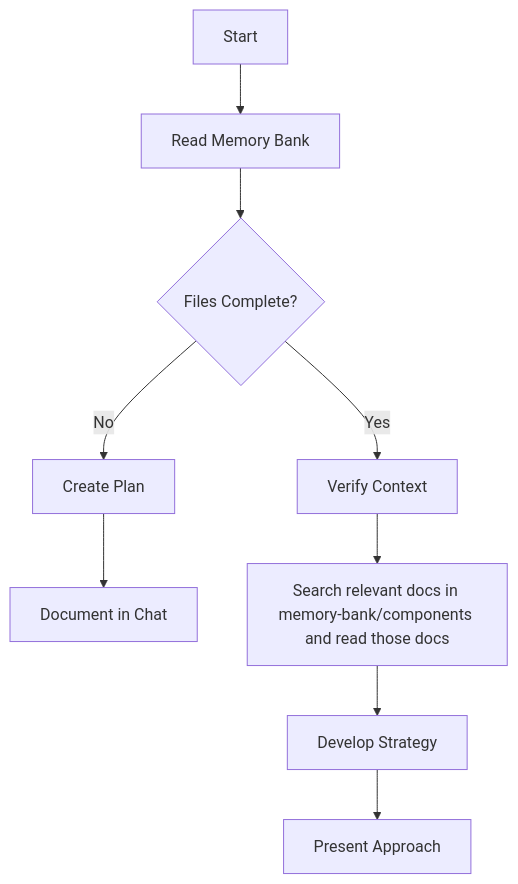
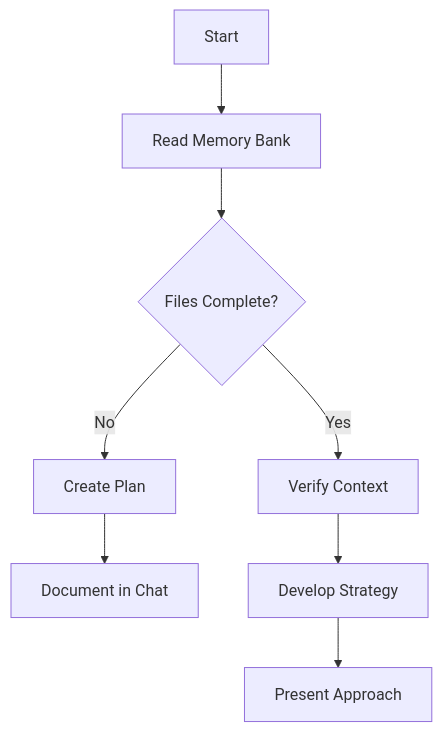
One commit to gitpod-io/gitpod changed the second of 4 diagrams in .clinerules/memory-bank.md. Above: the diagram before and after it, drawn with Mermaid. The commit also changed other lines of this file and 1 other file, not shown here.

````diff
--- a/.clinerules/memory-bank.md
+++ b/.clinerules/memory-bank.md
@@ -79,13 +78,12 @@
 ```mermaid
 flowchart TD
     Start[Start] --> ReadFiles[Read Memory Bank]
     ReadFiles --> CheckFiles{Files Complete?}
 
     CheckFiles -->|No| Plan[Create Plan]
     Plan --> Document[Document in Chat]
 
     CheckFiles -->|Yes| Verify[Verify Context]
-    Verify --> SearchAndReadComponentDocumentation[Search relevant docs in memory-bank/components and read those docs]
-    SearchAndReadComponentDocumentation --> Strategy[Develop Strategy]
+    Verify --> Strategy[Develop Strategy]
     Strategy --> Present[Present Approach]
 ```
````
